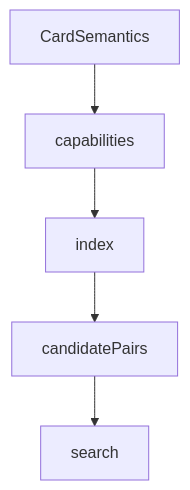
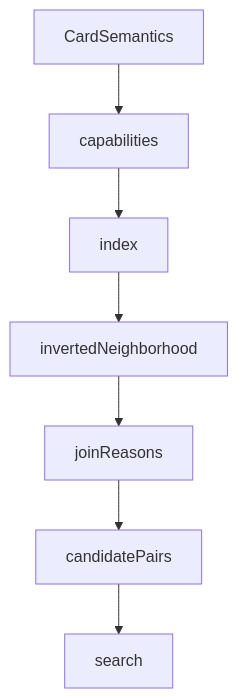
The diagram in src/mtg_loop_engine/interactions/README.md (witzbeck/mtg-loop-engine), drawn with Mermaid before and after one commit. The commit also changed other lines of this file and 7 other files, not shown here.

````diff
--- a/src/mtg_loop_engine/interactions/README.md
+++ b/src/mtg_loop_engine/interactions/README.md
@@ -9,7 +9,9 @@
 ```mermaid
 graph TB;
   ir[CardSemantics] --> caps[capabilities];
   caps --> idx[index];
-  idx --> pairs[candidatePairs];
+  idx --> neigh[invertedNeighborhood];
+  neigh --> reasons[joinReasons];
+  reasons --> pairs[candidatePairs];
   pairs --> search[search];
 ```
````
